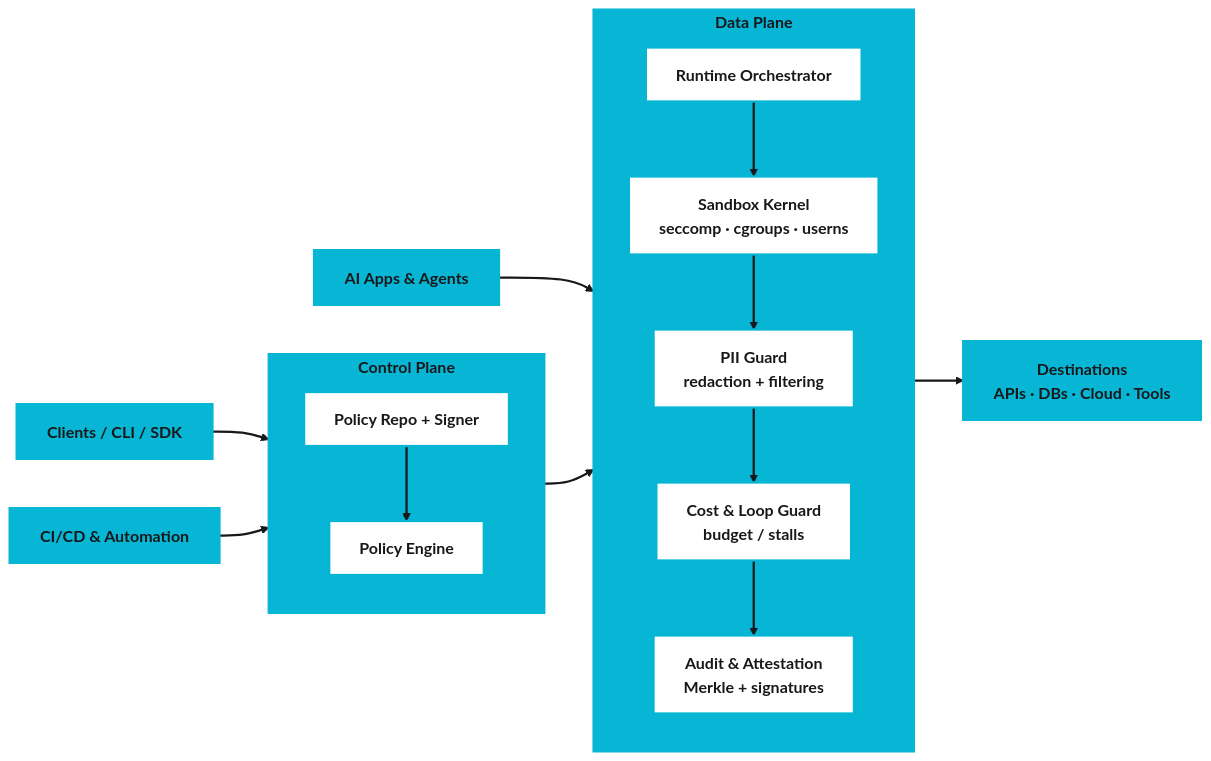
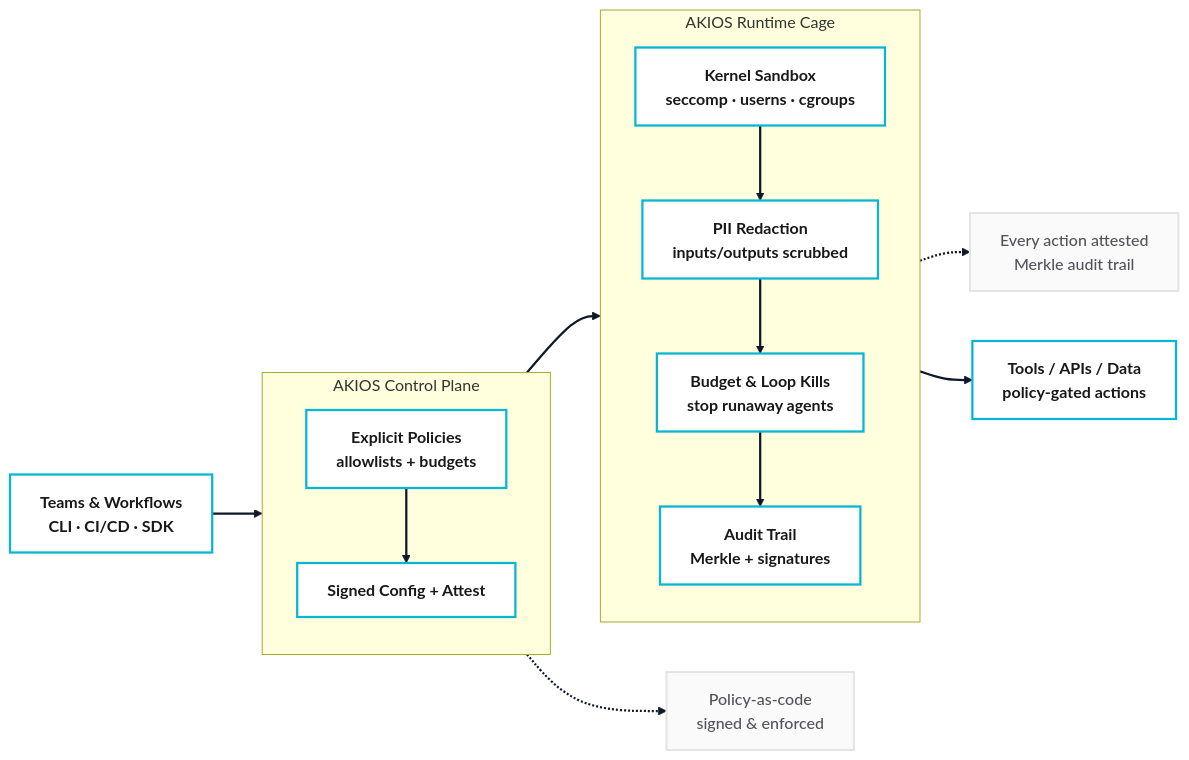
The diagram in site/assets/img/hero-arch.mmd (akios-ai/website), drawn with Mermaid before and after one commit. The commit also changed 2 other files, not shown here.

Commit message:
Revise hero diagram to macro value view

```diff
--- a/site/assets/img/hero-arch.mmd
+++ b/site/assets/img/hero-arch.mmd
@@ -1,37 +1,34 @@
 flowchart LR
-  %% Palette tuned to hero section; darker arrows for contrast
+  %% Macro, value-focused view for hero
   classDef core fill:#06b6d4,stroke:#06b6d4,stroke-width:3,color:#18181b,font-weight:700
   classDef layer fill:#ffffff,stroke:#06b6d4,stroke-width:2.25,color:#18181b,font-weight:650
   classDef aux fill:#fafafa,stroke:#e4e4e7,stroke-width:2,color:#52525b,font-weight:550
-  linkStyle default stroke:#18181b,stroke-width:2.25,color:#18181b
+  linkStyle default stroke:#0f172a,stroke-width:2.25,color:#0f172a
 
-  U[Clients / CLI / SDK]:::layer
-  CI[CI/CD & Automation]:::layer
-  APP[AI Apps & Agents]:::layer
+  USERS[Teams & Workflows\nCLI · CI/CD · SDK]:::layer
 
-  subgraph CP[Control Plane]
+  subgraph AK[AKIOS Control Plane]
     direction TB
-    PR[Policy Repo + Signer]:::layer
-    PE[Policy Engine]:::layer
-    PR --> PE
+    POL[Explicit Policies\nallowlists + budgets]:::layer
+    SIG[Signed Config + Attest]:::layer
+    POL --> SIG
   end
 
-  subgraph DP[Data Plane]
+  subgraph RT[AKIOS Runtime Cage]
     direction TB
-    OR[Runtime Orchestrator]:::layer
-    SB[Sandbox Kernel\nseccomp · cgroups · userns]:::layer
-    PII[PII Guard\nredaction + filtering]:::layer
-    BGT[Cost & Loop Guard\nbudget / stalls]:::layer
-    AUD[Audit & Attestation\nMerkle + signatures]:::layer
-    OR --> SB --> PII --> BGT --> AUD
+    SB[Kernel Sandbox\nseccomp · userns · cgroups]:::layer
+    PII[PII Redaction\ninputs/outputs scrubbed]:::layer
+    KILL[Budget & Loop Kills\nstop runaway agents]:::layer
+    AUD[Audit Trail\nMerkle + signatures]:::layer
+    SB --> PII --> KILL --> AUD
   end
 
-  DEST[Destinations\nAPIs · DBs · Cloud · Tools]:::layer
+  DEST[Tools / APIs / Data\npolicy-gated actions]:::layer
 
-  U --> CP
-  CI --> CP
-  APP --> DP
-  CP --> DP
-  DP --> DEST
+  USERS --> AK --> RT --> DEST
 
-  class U,CI,APP,CP,DP,DEST core
+  V1[Policy-as-code\nsigned & enforced]:::aux
+  V2[Every action attested\nMerkle audit trail]:::aux
+
+  POL -.-> V1
+  AUD -.-> V2
```
